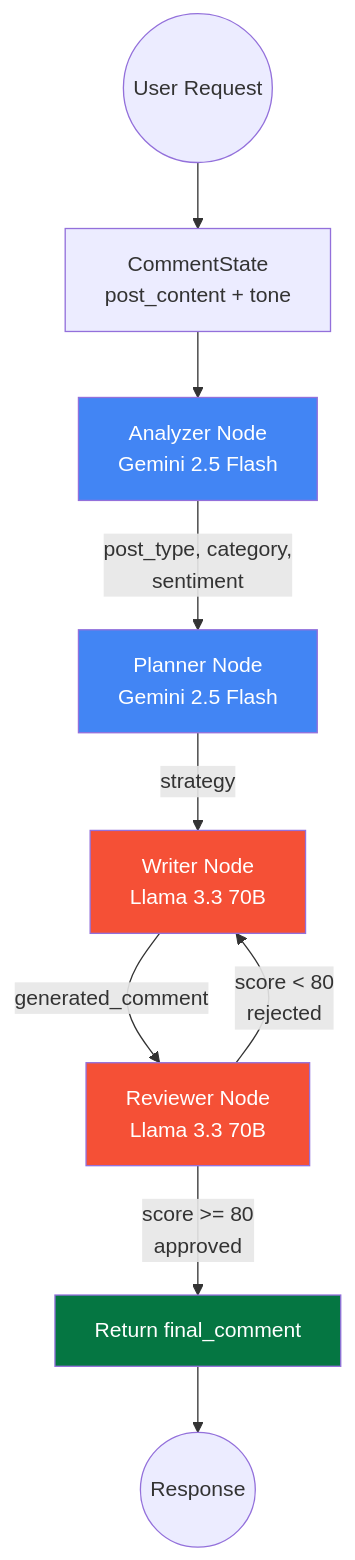
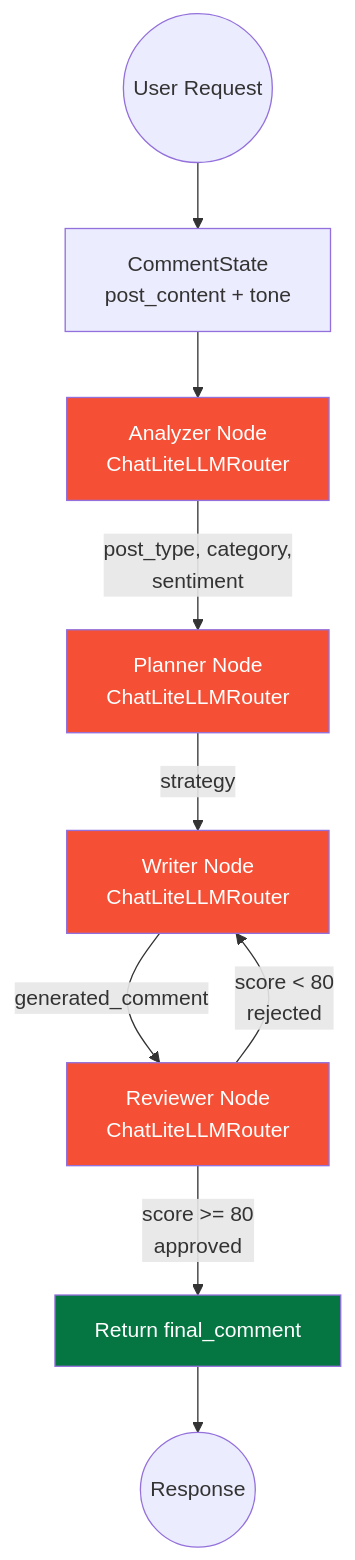
The fourth of 5 diagrams in doc/MODEL_AND_LLM_INTEGRATION.md (himanshu231204/linkedin-ai-comment-copilot), drawn with Mermaid before and after one commit. The commit also changed other lines of this file and 4 other files, not shown here.

First line of the commit message:
docs: update all documentation to reflect ChatLiteLLMRouter, Groq primary, and Render deployment

````diff
--- a/doc/MODEL_AND_LLM_INTEGRATION.md
+++ b/doc/MODEL_AND_LLM_INTEGRATION.md
@@ -288,20 +373,20 @@
 ```mermaid
 graph TD
     START((User Request)) --> STATE["CommentState<br/>post_content + tone"]
     
-    STATE --> A["Analyzer Node<br/>Gemini 2.5 Flash"]
-    A -->|"post_type, category,<br/>sentiment"| B["Planner Node<br/>Gemini 2.5 Flash"]
-    B -->|"strategy"| C["Writer Node<br/>Llama 3.3 70B"]
-    C -->|"generated_comment"| D["Reviewer Node<br/>Llama 3.3 70B"]
+    STATE --> A["Analyzer Node<br/>ChatLiteLLMRouter"]
+    A -->|"post_type, category,<br/>sentiment"| B["Planner Node<br/>ChatLiteLLMRouter"]
+    B -->|"strategy"| C["Writer Node<br/>ChatLiteLLMRouter"]
+    C -->|"generated_comment"| D["Reviewer Node<br/>ChatLiteLLMRouter"]
     
     D -->|"score >= 80<br/>approved"| E["Return final_comment"]
     D -->|"score < 80<br/>rejected"| C
     
     E --> END((Response))
     
-    style A fill:#4285F4,color:#fff
-    style B fill:#4285F4,color:#fff
+    style A fill:#F55036,color:#fff
+    style B fill:#F55036,color:#fff
     style C fill:#F55036,color:#fff
     style D fill:#F55036,color:#fff
     style E fill:#057642,color:#fff
 ```
````
